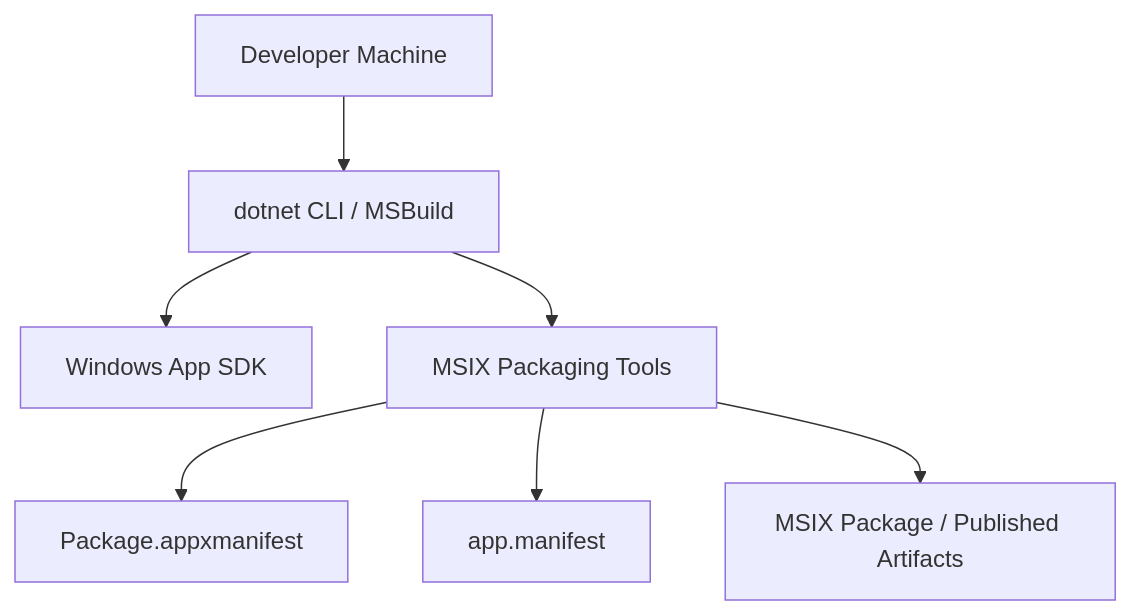
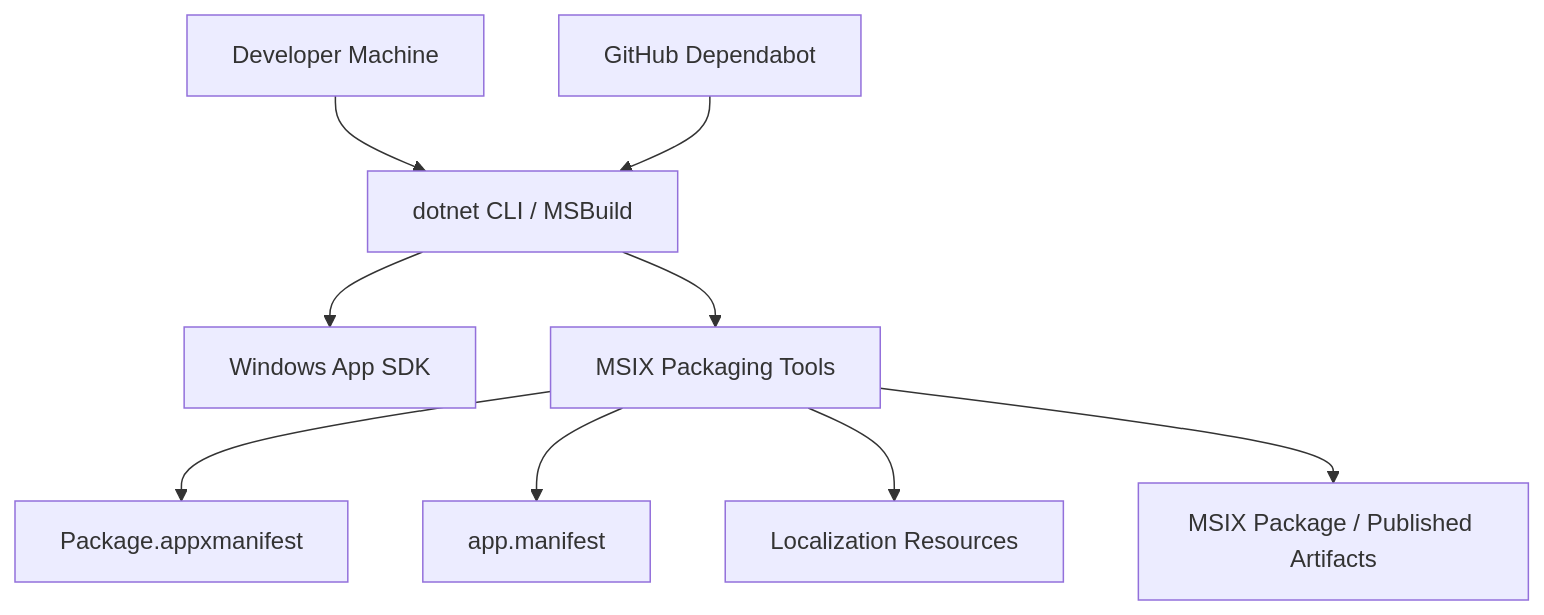
One commit to AgenticDesktop/App changed the second of 10 diagrams in .qoder/repowiki/en/content/Configuration and Deployment.md. Above: the diagram before and after it, drawn with Mermaid. The commit also changed other lines of this file and 22 other files, not shown here.

````diff
--- a/.qoder/repowiki/en/content/Configuration and Deployment.md
+++ b/.qoder/repowiki/en/content/Configuration and Deployment.md
@@ -118,16 +121,20 @@
 ```mermaid
 graph TB
 Dev["Developer Machine"]
 DotNet["dotnet CLI / MSBuild"]
 WinAppSDK["Windows App SDK"]
 MSIXTooling["MSIX Packaging Tools"]
+Dependabot["GitHub Dependabot"]
 AppX["Package.appxmanifest"]
 Manifest["app.manifest"]
+Localization["Localization Resources"]
 Output["MSIX Package / Published Artifacts"]
 Dev --> DotNet
 DotNet --> WinAppSDK
 DotNet --> MSIXTooling
+Dependabot --> DotNet
 MSIXTooling --> AppX
 MSIXTooling --> Manifest
+MSIXTooling --> Localization
 MSIXTooling --> Output
 ```
````
